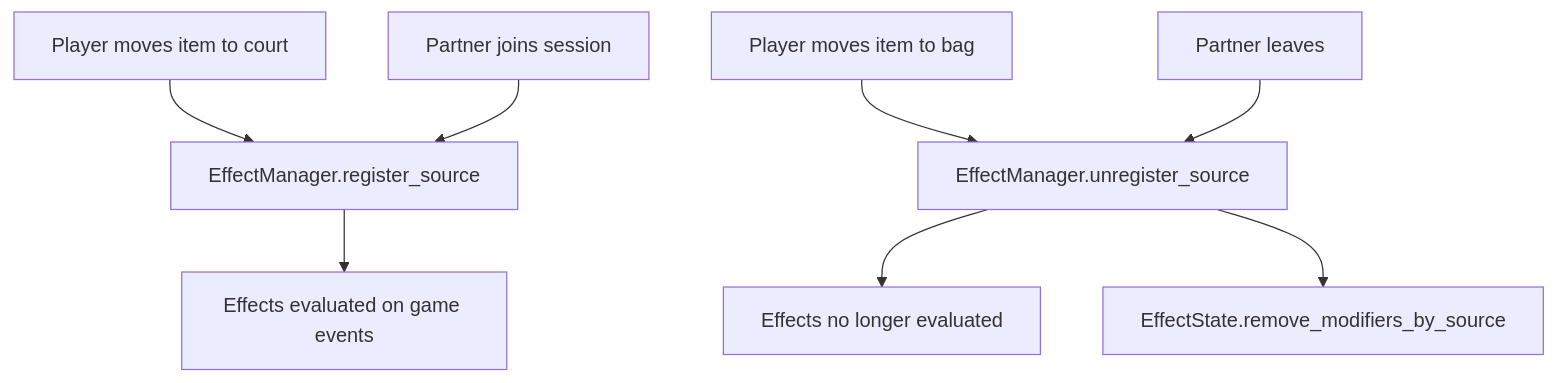
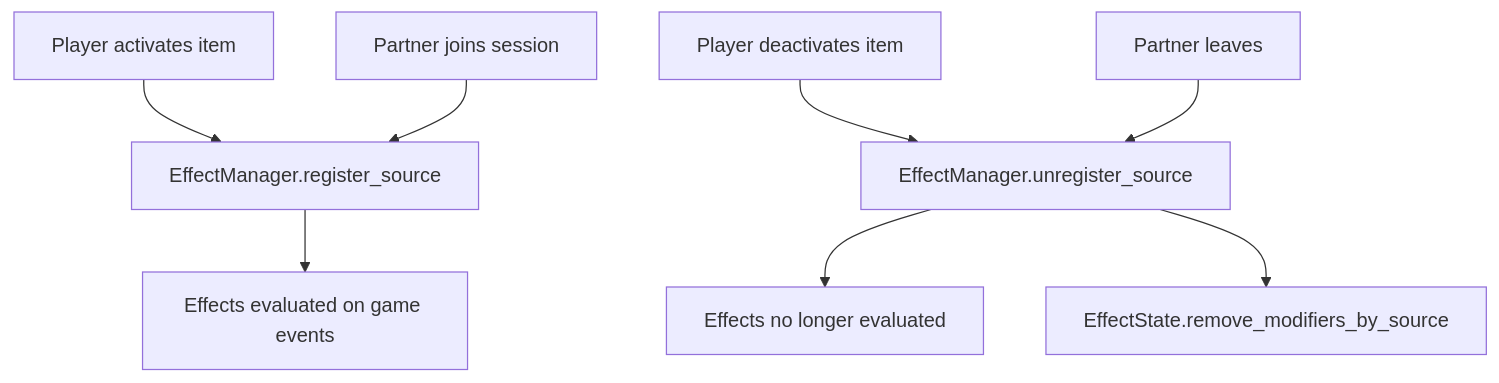
One commit to shuck-dev/volley changed the eighth of 10 diagrams in designs/01-prototype/07-effect-system.md. Above: the diagram before and after it, drawn with Mermaid. The commit also changed other lines of this file and 13 other files, not shown here.

````diff
--- a/designs/01-prototype/07-effect-system.md
+++ b/designs/01-prototype/07-effect-system.md
@@ -386,11 +386,11 @@
 ```mermaid
 flowchart TD
-    MoveToCourt[Player moves item to court] --> Register[EffectManager.register_source]
-    MoveToBag[Player moves item to bag] --> Unregister[EffectManager.unregister_source]
+    Activate[Player activates item] --> Register[EffectManager.register_source]
+    Deactivate[Player deactivates item] --> Unregister[EffectManager.unregister_source]
     Partner[Partner joins session] --> Register
     PartnerLeave[Partner leaves] --> Unregister
 
     Register --> Active[Effects evaluated on game events]
     Unregister --> Inactive[Effects no longer evaluated]
     Unregister --> Cleanup[EffectState.remove_modifiers_by_source]
 ```
````
